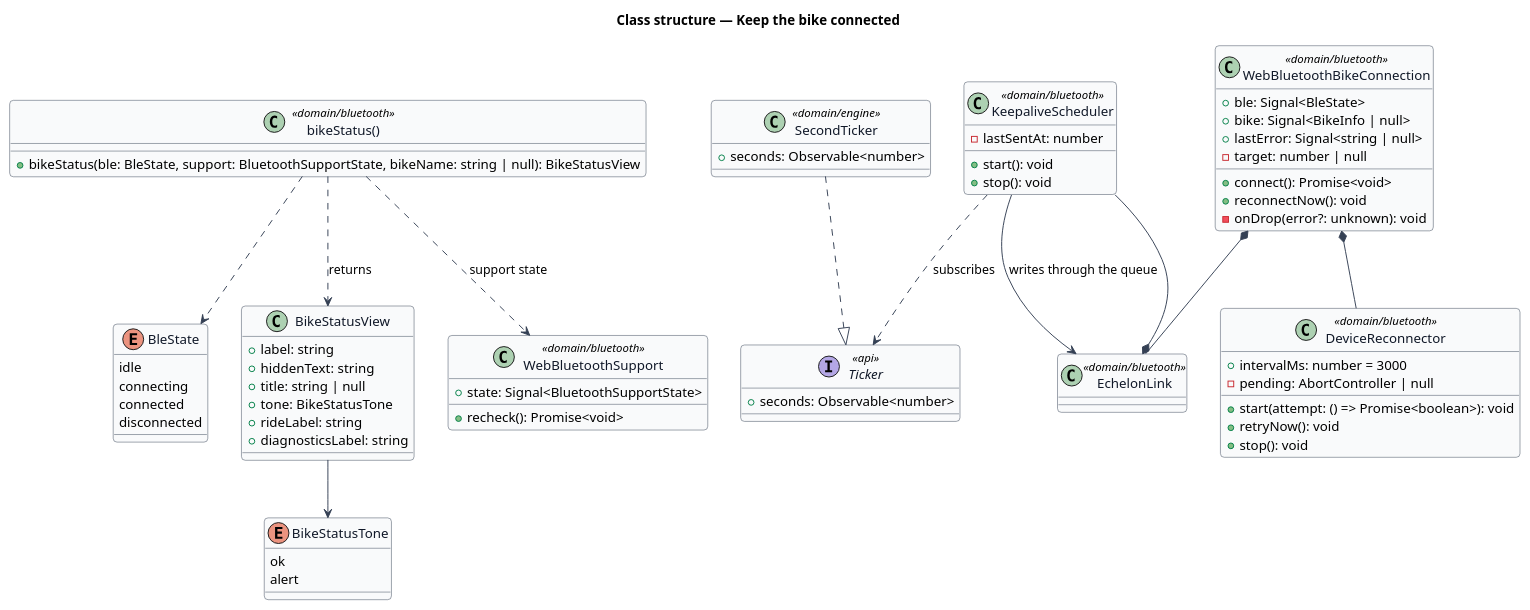
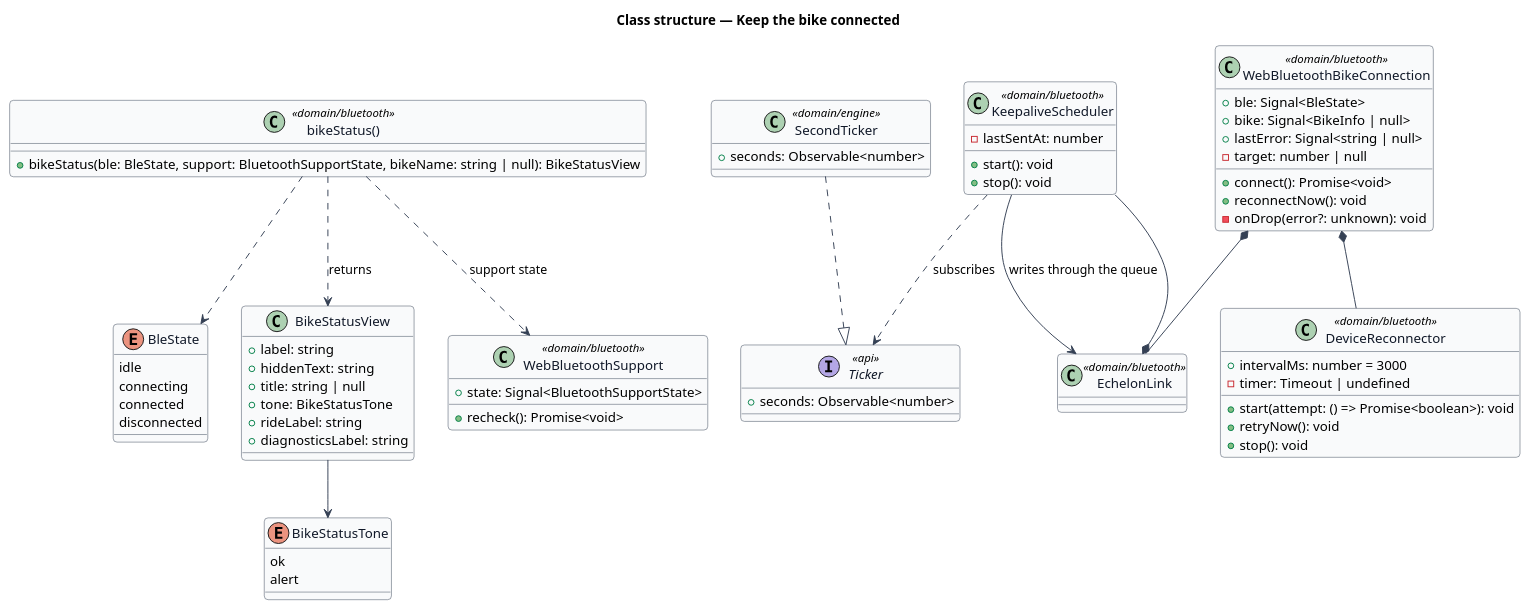
One commit to QuinntyneBrown/ride-one changed the diagram in docs/detailed-designs/bike/keep-the-bike-connected/diagrams/class-structure.puml. Above: the diagram before and after it, drawn with PlantUML. The commit also changed 10 other files, not shown here.

```diff
--- a/docs/detailed-designs/bike/keep-the-bike-connected/diagrams/class-structure.puml
+++ b/docs/detailed-designs/bike/keep-the-bike-connected/diagrams/class-structure.puml
@@ -1,78 +1,78 @@
 @startuml
 ' --- shared skin header ---
 skinparam backgroundColor #FFFFFF
 skinparam shadowing false
 skinparam roundcorner 8
 skinparam defaultFontName Arial
 skinparam ArrowColor #344054
 skinparam class {
   BorderColor #344054
   FontColor #101828
   BackgroundColor #F9FAFB
 }
 ' --------------------------
 title Class structure — Keep the bike connected
 enum BleState {
   idle
   connecting
   connected
   disconnected
 }
 enum BikeStatusTone {
   ok
   alert
 }
 class BikeStatusView {
   +label: string
   +hiddenText: string
   +title: string | null
   +tone: BikeStatusTone
   +rideLabel: string
   +diagnosticsLabel: string
 }
 class "bikeStatus()" as BikeStatusFn <<domain/bluetooth>> {
   +bikeStatus(ble: BleState, support: BluetoothSupportState, bikeName: string | null): BikeStatusView
 }
 class KeepaliveScheduler <<domain/bluetooth>> {
   -lastSentAt: number
   +start(): void
   +stop(): void
 }
 class DeviceReconnector <<domain/bluetooth>> {
   +intervalMs: number = 3000
-  -pending: AbortController | null
+  -timer: Timeout | undefined
   +start(attempt: () => Promise<boolean>): void
   +retryNow(): void
   +stop(): void
 }
 class WebBluetoothSupport <<domain/bluetooth>> {
   +state: Signal<BluetoothSupportState>
   +recheck(): Promise<void>
 }
 interface Ticker <<api>> {
   +seconds: Observable<number>
 }
 class SecondTicker <<domain/engine>> {
   +seconds: Observable<number>
 }
 class WebBluetoothBikeConnection <<domain/bluetooth>> {
   +ble: Signal<BleState>
   +bike: Signal<BikeInfo | null>
   +lastError: Signal<string | null>
   -target: number | null
   +connect(): Promise<void>
   +reconnectNow(): void
   -onDrop(error?: unknown): void
 }
 class EchelonLink <<domain/bluetooth>>
 KeepaliveScheduler ..> Ticker : subscribes
 SecondTicker ..|> Ticker
 KeepaliveScheduler --> EchelonLink : writes through the queue
 WebBluetoothBikeConnection *-- DeviceReconnector
 EchelonLink *-- KeepaliveScheduler
 WebBluetoothBikeConnection *-- EchelonLink
 BikeStatusFn ..> BleState
 BikeStatusFn ..> WebBluetoothSupport : support state
 BikeStatusFn ..> BikeStatusView : returns
 BikeStatusView --> BikeStatusTone
 @enduml
```
